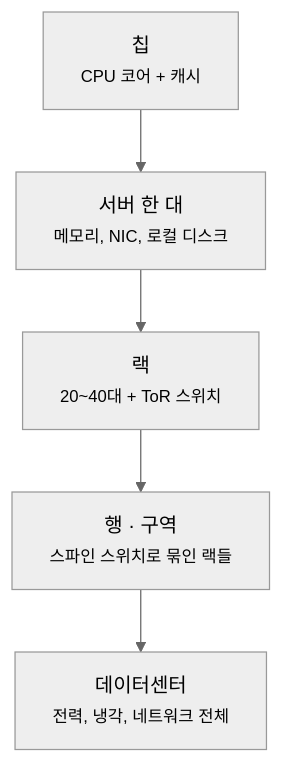
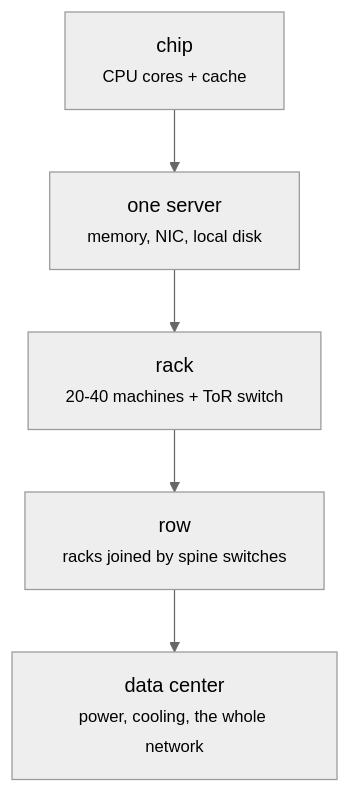
The diagram in _posts/ko/2026-09-15-datacenter-as-one-computer.md (ssyrc/ssyrc.github.io), drawn with Mermaid (neutral theme) before and after one commit. The commit also changed 3 other files, not shown here.

First line of the commit message:
Write all diagram labels in English

````diff
--- a/_posts/ko/2026-09-15-datacenter-as-one-computer.md
+++ b/_posts/ko/2026-09-15-datacenter-as-one-computer.md
@@ -23,7 +23,7 @@
 ```mermaid
 flowchart TD
-    A["칩<br/><small>CPU 코어 + 캐시</small>"] --> B["서버 한 대<br/><small>메모리, NIC, 로컬 디스크</small>"]
-    B --> C["랙<br/><small>20~40대 + ToR 스위치</small>"]
-    C --> D["행 · 구역<br/><small>스파인 스위치로 묶인 랙들</small>"]
-    D --> E["데이터센터<br/><small>전력, 냉각, 네트워크 전체</small>"]
+    A["chip<br/><small>CPU cores + cache</small>"] --> B["one server<br/><small>memory, NIC, local disk</small>"]
+    B --> C["rack<br/><small>20-40 machines + ToR switch</small>"]
+    C --> D["row<br/><small>racks joined by spine switches</small>"]
+    D --> E["data center<br/><small>power, cooling, the whole network</small>"]
 ```
````
